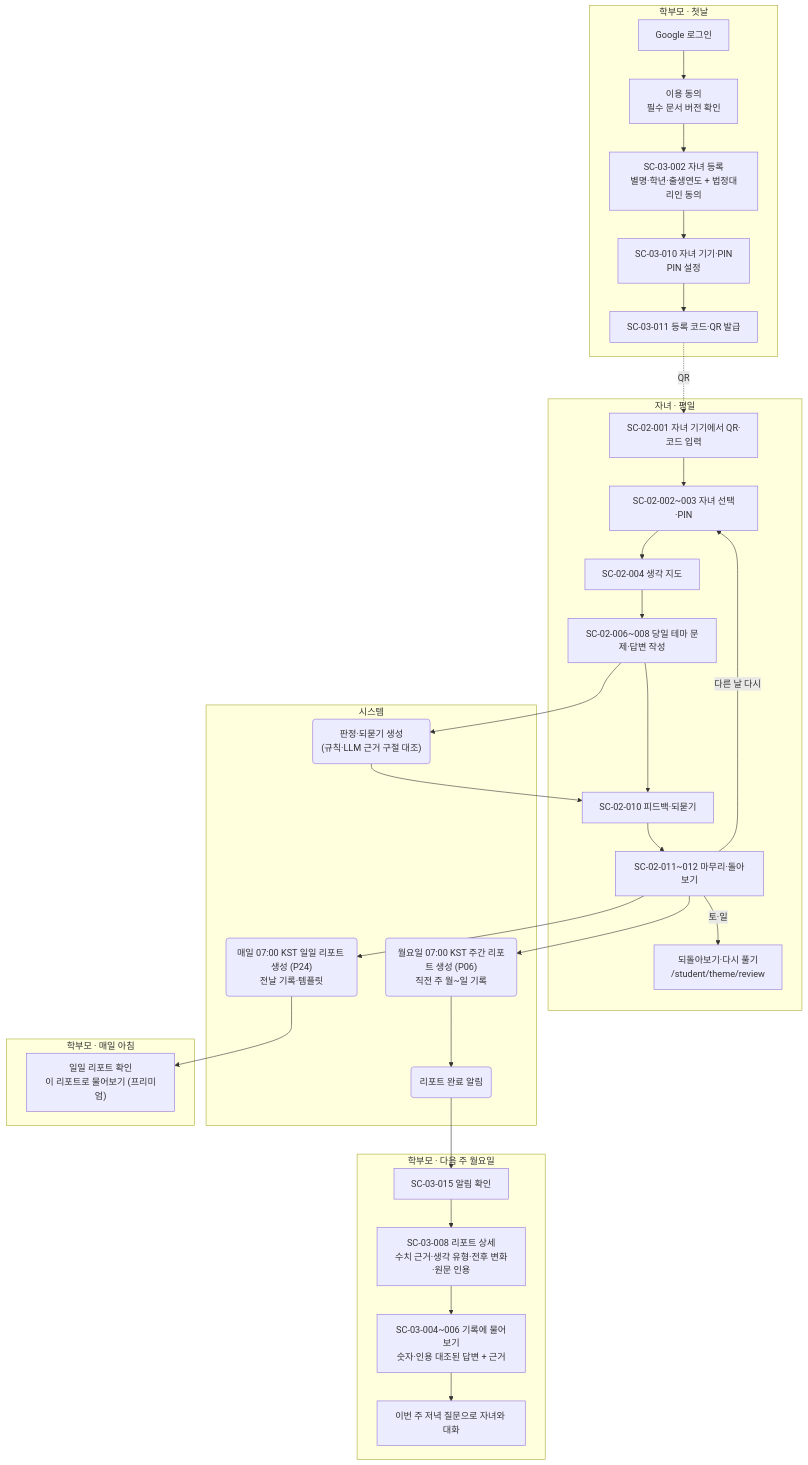
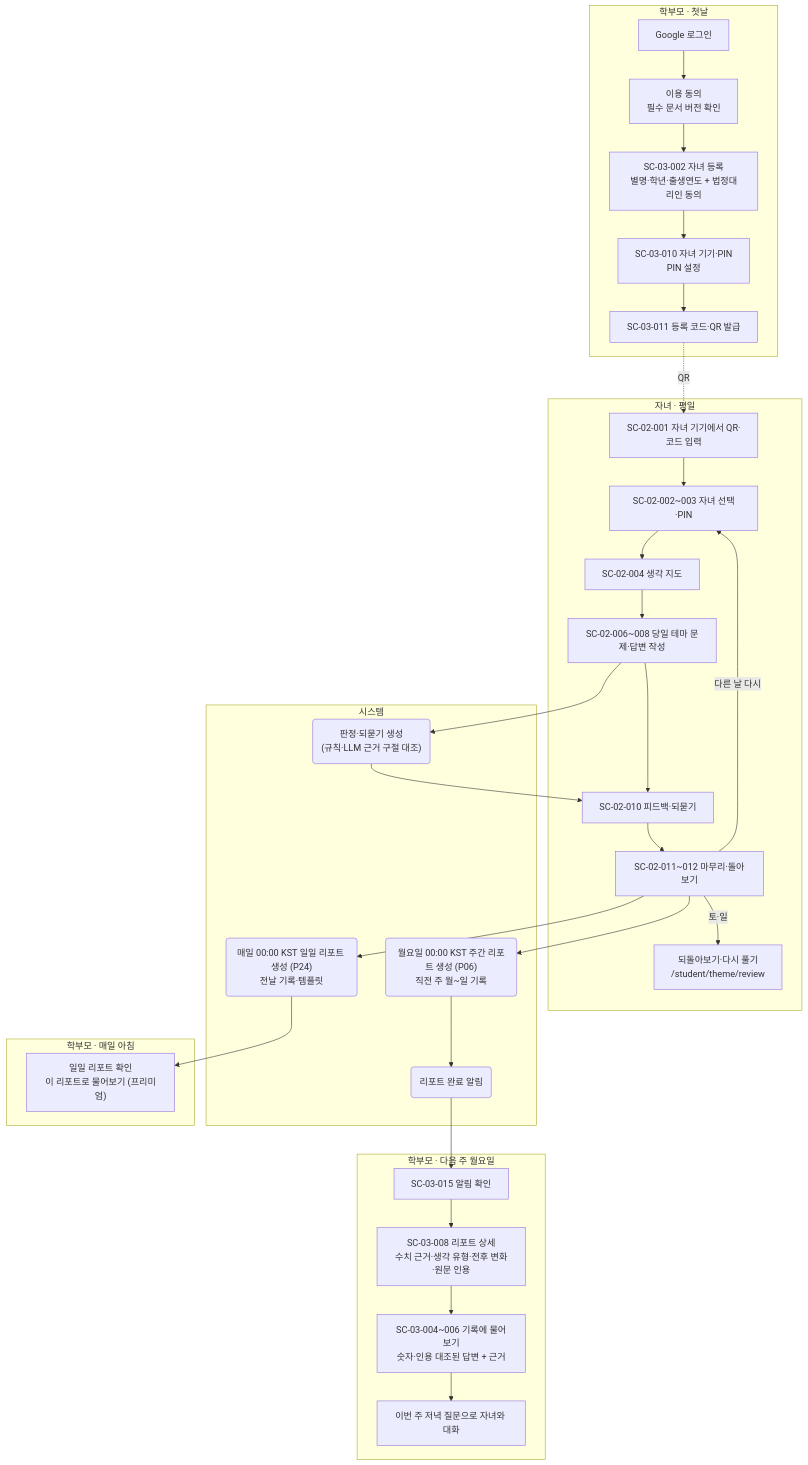
The fifth of 12 diagrams in docs/design/user-flow.md (SKNETWORKS-FAMILY-AICAMP/SKN34-FINAL-3TEAM), drawn with Mermaid before and after one commit. The commit also changed other lines of this file and 11 other files, not shown here.

````diff
--- a/docs/design/user-flow.md
+++ b/docs/design/user-flow.md
@@ -191,41 +191,41 @@
 ```mermaid
 flowchart TD
   subgraph P1["학부모 · 첫날"]
     A1["Google 로그인"] --> A2["이용 동의<br/>필수 문서 버전 확인"]
     A2 --> A3["SC-03-002 자녀 등록<br/>별명·학년·출생연도 + 법정대리인 동의"]
     A3 --> A4["SC-03-010 자녀 기기·PIN<br/>PIN 설정"]
     A4 --> A5["SC-03-011 등록 코드·QR 발급"]
   end
 
   subgraph S1["자녀 · 평일"]
     B1["SC-02-001 자녀 기기에서 QR·코드 입력"] --> B2["SC-02-002~003 자녀 선택·PIN"]
     B2 --> B3["SC-02-004 생각 지도"]
     B3 --> B4["SC-02-006~008 당일 테마 문제·답변 작성"]
     B4 --> B5["SC-02-010 피드백·되묻기"]
     B5 --> B6["SC-02-011~012 마무리·돌아보기"]
     B6 -->|"다른 날 다시"| B2
     B6 -->|"토·일"| B7["되돌아보기·다시 풀기<br/>/student/theme/review"]
   end
 
   subgraph SYS["시스템"]
     C1("판정·되묻기 생성<br/>(규칙·LLM 근거 구절 대조)")
-    C2("월요일 07:00 KST 주간 리포트 생성 (P06)<br/>직전 주 월~일 기록")
+    C2("월요일 00:00 KST 주간 리포트 생성 (P06)<br/>직전 주 월~일 기록")
     C3("리포트 완료 알림")
-    C4("매일 07:00 KST 일일 리포트 생성 (P24)<br/>전날 기록·템플릿")
+    C4("매일 00:00 KST 일일 리포트 생성 (P24)<br/>전날 기록·템플릿")
   end
 
   subgraph P0["학부모 · 매일 아침"]
     D0["일일 리포트 확인<br/>이 리포트로 물어보기 (프리미엄)"]
   end
 
   subgraph P2["학부모 · 다음 주 월요일"]
     D1["SC-03-015 알림 확인"] --> D2["SC-03-008 리포트 상세<br/>수치 근거·생각 유형·전후 변화·원문 인용"]
     D2 --> D3["SC-03-004~006 기록에 물어보기<br/>숫자·인용 대조된 답변 + 근거"]
     D3 --> D4["이번 주 저녁 질문으로 자녀와 대화"]
   end
 
   A5 -.->|"QR"| B1
   B4 --> C1 --> B5
   B6 --> C2 --> C3 --> D1
   B6 --> C4 --> D0
 ```
````
